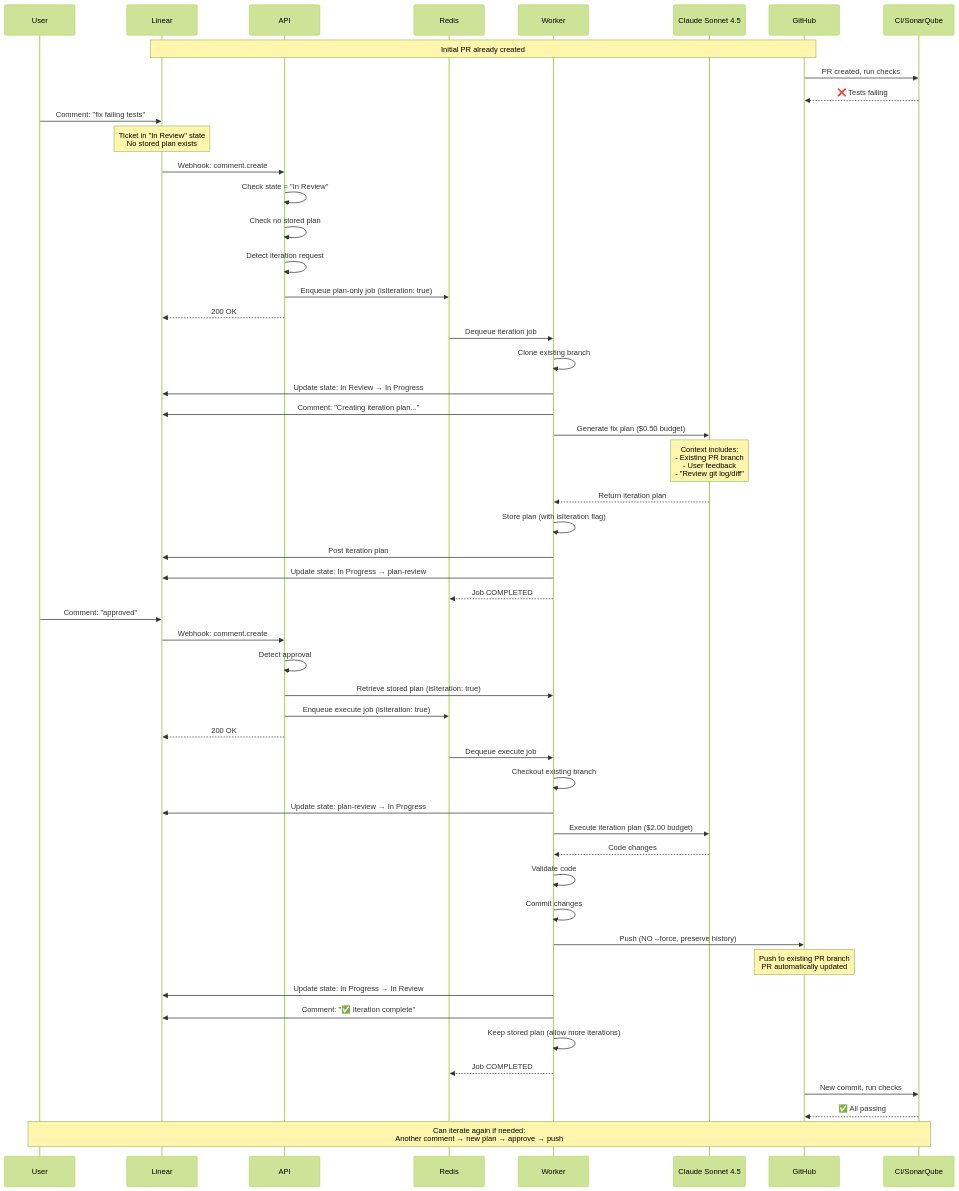
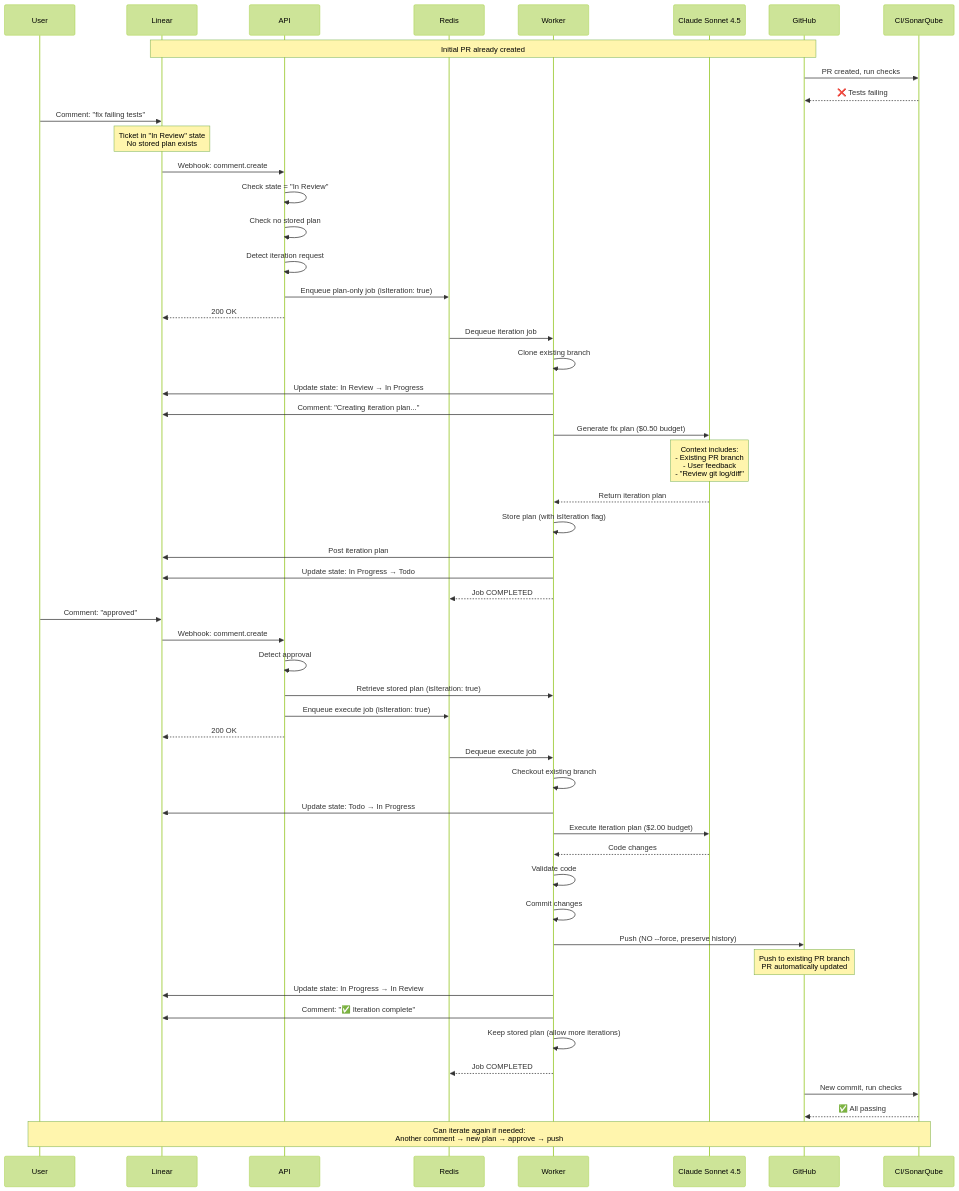
One commit to Replikanti/ralph-platform changed the third of 7 diagrams in ARCHITECTURE.md. Above: the diagram before and after it, drawn with Mermaid (forest theme). The commit also changed other lines of this file and 4 other files, not shown here.

````diff
--- a/ARCHITECTURE.md
+++ b/ARCHITECTURE.md
@@ -302,64 +328,64 @@
 ```mermaid
 sequenceDiagram
     participant User
     participant Linear
     participant API
     participant Redis
     participant Worker
     participant Sonnet as Claude Sonnet 4.5
     participant GitHub
     participant CI as CI/SonarQube
 
     Note over Linear,GitHub: Initial PR already created
 
     GitHub->>CI: PR created, run checks
     CI-->>GitHub: ❌ Tests failing
 
     User->>Linear: Comment: "fix failing tests"
     Note over Linear: Ticket in "In Review" state<br/>No stored plan exists
 
     Linear->>API: Webhook: comment.create
     API->>API: Check state = "In Review"
     API->>API: Check no stored plan
     API->>API: Detect iteration request
     API->>Redis: Enqueue plan-only job (isIteration: true)
     API-->>Linear: 200 OK
 
     Redis->>Worker: Dequeue iteration job
     Worker->>Worker: Clone existing branch
     Worker->>Linear: Update state: In Review → In Progress
     Worker->>Linear: Comment: "Creating iteration plan..."
     Worker->>Sonnet: Generate fix plan ($0.50 budget)
     Note over Sonnet: Context includes:<br/>- Existing PR branch<br/>- User feedback<br/>- "Review git log/diff"
     Sonnet-->>Worker: Return iteration plan
     Worker->>Worker: Store plan (with isIteration flag)
     Worker->>Linear: Post iteration plan
-    Worker->>Linear: Update state: In Progress → plan-review
+    Worker->>Linear: Update state: In Progress → Todo
     Worker-->>Redis: Job COMPLETED
 
     User->>Linear: Comment: "approved"
     Linear->>API: Webhook: comment.create
     API->>API: Detect approval
     API->>Worker: Retrieve stored plan (isIteration: true)
     API->>Redis: Enqueue execute job (isIteration: true)
     API-->>Linear: 200 OK
 
     Redis->>Worker: Dequeue execute job
     Worker->>Worker: Checkout existing branch
-    Worker->>Linear: Update state: plan-review → In Progress
+    Worker->>Linear: Update state: Todo → In Progress
     Worker->>Sonnet: Execute iteration plan ($2.00 budget)
     Sonnet-->>Worker: Code changes
     Worker->>Worker: Validate code
     Worker->>Worker: Commit changes
     Worker->>GitHub: Push (NO --force, preserve history)
     Note over GitHub: Push to existing PR branch<br/>PR automatically updated
     Worker->>Linear: Update state: In Progress → In Review
     Worker->>Linear: Comment: "✅ Iteration complete"
     Worker->>Worker: Keep stored plan (allow more iterations)
     Worker-->>Redis: Job COMPLETED
 
     GitHub->>CI: New commit, run checks
     CI-->>GitHub: ✅ All passing
 
     Note over User,CI: Can iterate again if needed:<br/>Another comment → new plan → approve → push
 ```
````
